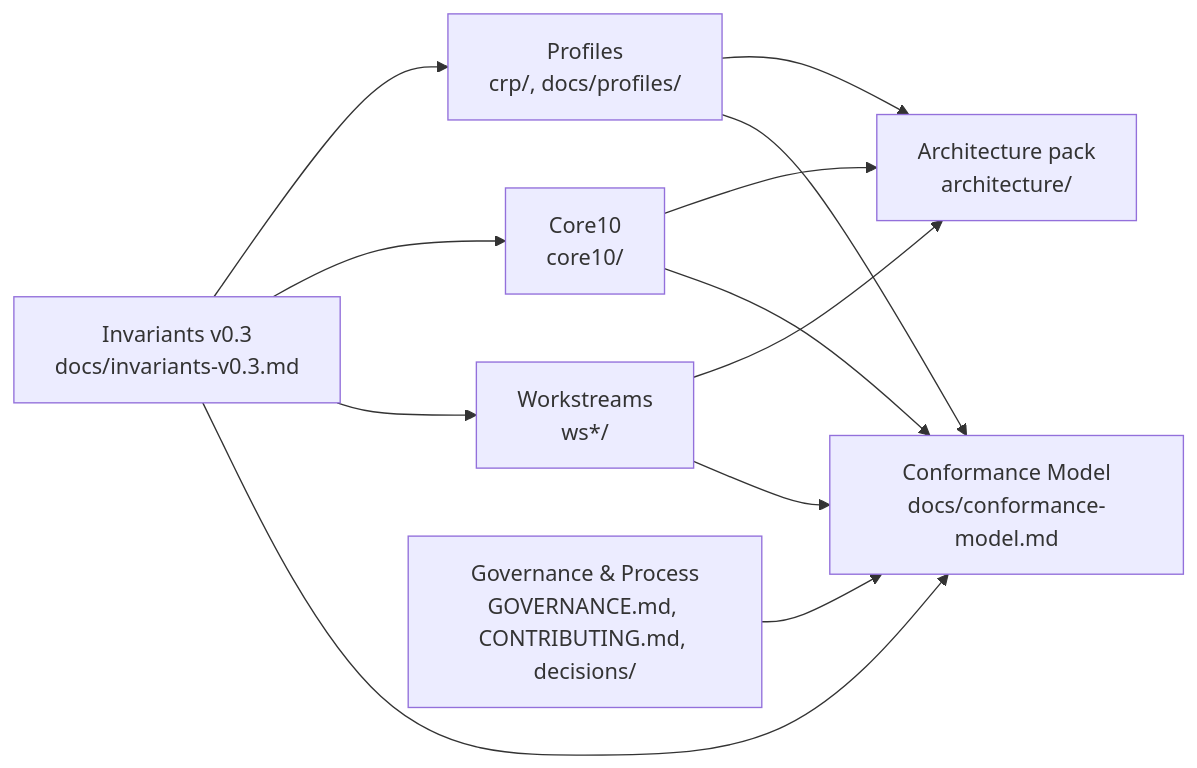
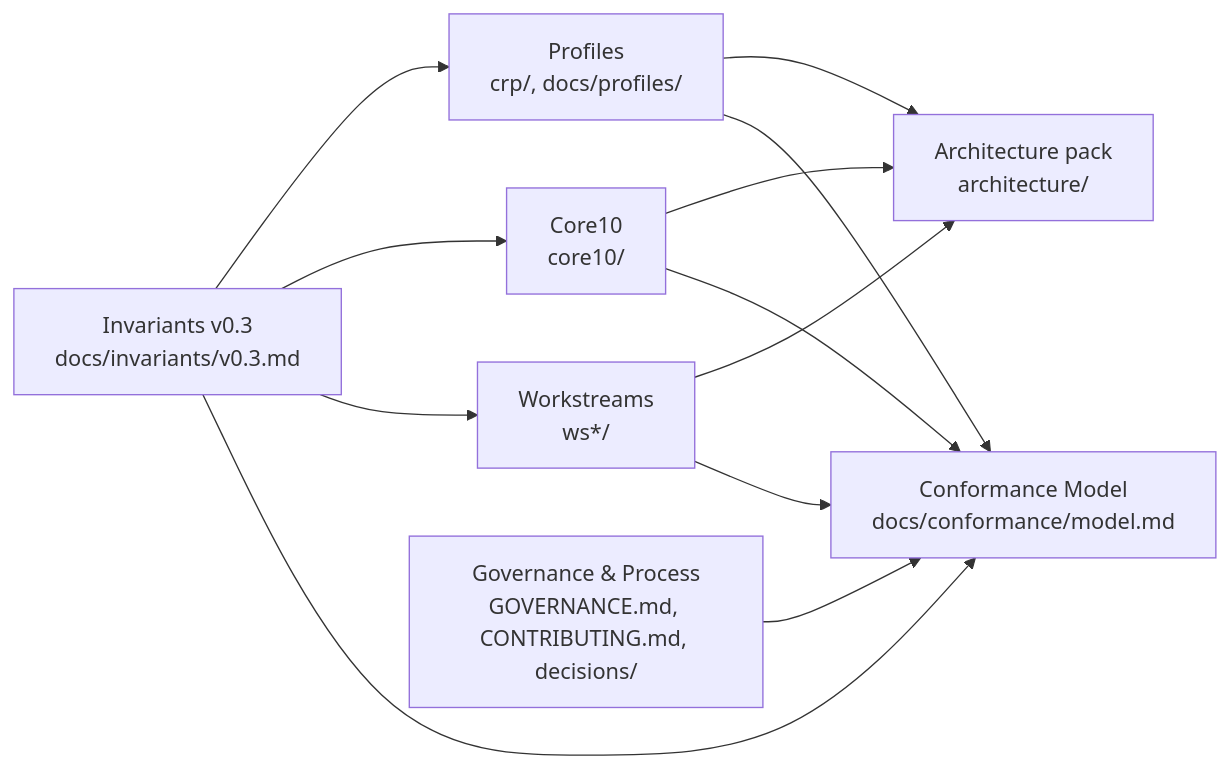
Before and after one commit to kevin-biot/Euro-Cloud-Substrate: the fourth of 5 diagrams in architecture/overview.md, drawn with Mermaid. The commit also changed other lines of this file and 68 other files, not shown here.

````diff
--- a/architecture/overview.md
+++ b/architecture/overview.md
@@ -154,22 +154,22 @@
 ```mermaid
 flowchart LR
-    Invariants[Invariants v0.3<br/>docs/invariants-v0.3.md]
+    Invariants[Invariants v0.3<br/>docs/invariants/v0.3.md]
     Profiles[Profiles<br/>crp/, docs/profiles/]
     Core10[Core10<br/>core10/]
     WS[Workstreams<br/>ws*/]
     Arch[Architecture pack<br/>architecture/]
     Gov[Governance & Process<br/>GOVERNANCE.md, CONTRIBUTING.md, decisions/]
-    Conf[Conformance Model<br/>docs/conformance-model.md]
+    Conf[Conformance Model<br/>docs/conformance/model.md]
 
     Invariants --> Profiles
     Invariants --> Core10
     Invariants --> WS
     Core10 --> Arch
     WS --> Arch
     Profiles --> Arch
     Invariants --> Conf
     Profiles --> Conf
     Core10 --> Conf
     WS --> Conf
     Gov --> Conf
 ```
````
